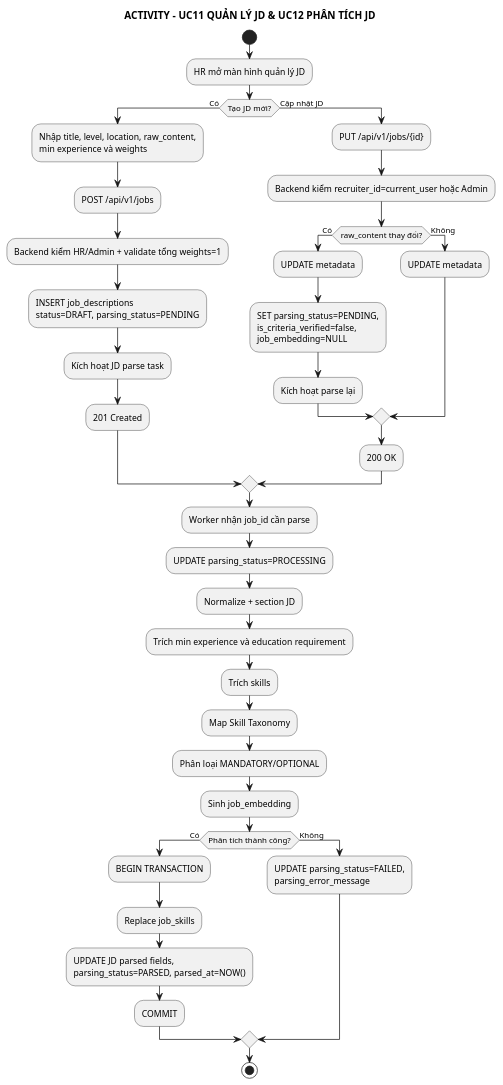
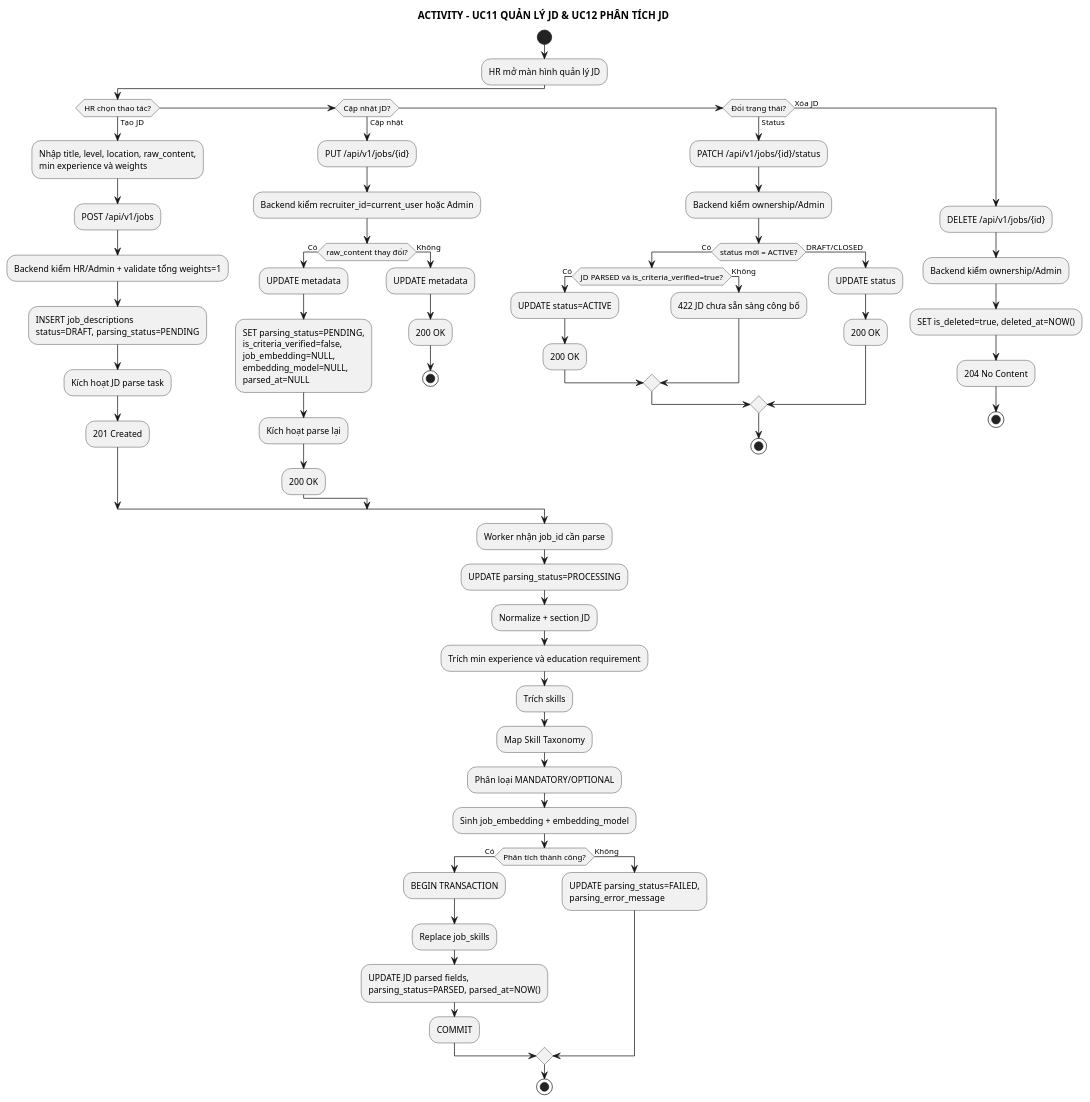
The diagram in docs/03_activity/act_uc11_12_manage_parse_jd.puml (anh632k-ui/WebCVUngVienTuyenDung), drawn with PlantUML before and after one commit.

Commit message:
docs(pttk): complete JD CRUD and conditional parsing flow

```diff
--- a/docs/03_activity/act_uc11_12_manage_parse_jd.puml
+++ b/docs/03_activity/act_uc11_12_manage_parse_jd.puml
@@ -1,52 +1,81 @@
 @startuml
 skinparam monochrome true
 skinparam shadowing false
 
 title ACTIVITY - UC11 QUẢN LÝ JD & UC12 PHÂN TÍCH JD
 
 start
 :HR mở màn hình quản lý JD;
-if (Tạo JD mới?) then (Có)
+
+if (HR chọn thao tác?) then (Tạo JD)
   :Nhập title, level, location, raw_content,
   min experience và weights;
   :POST /api/v1/jobs;
   :Backend kiểm HR/Admin + validate tổng weights=1;
   :INSERT job_descriptions
   status=DRAFT, parsing_status=PENDING;
   :Kích hoạt JD parse task;
   :201 Created;
-else (Cập nhật JD)
+
+else if (Cập nhật JD?) then (Cập nhật)
   :PUT /api/v1/jobs/{id};
   :Backend kiểm recruiter_id=current_user hoặc Admin;
   if (raw_content thay đổi?) then (Có)
     :UPDATE metadata;
     :SET parsing_status=PENDING,
     is_criteria_verified=false,
-    job_embedding=NULL;
+    job_embedding=NULL,
+    embedding_model=NULL,
+    parsed_at=NULL;
     :Kích hoạt parse lại;
+    :200 OK;
   else (Không)
     :UPDATE metadata;
+    :200 OK;
+    stop
   endif
-  :200 OK;
+
+else if (Đổi trạng thái?) then (Status)
+  :PATCH /api/v1/jobs/{id}/status;
+  :Backend kiểm ownership/Admin;
+  if (status mới = ACTIVE?) then (Có)
+    if (JD PARSED và is_criteria_verified=true?) then (Có)
+      :UPDATE status=ACTIVE;
+      :200 OK;
+    else (Không)
+      :422 JD chưa sẵn sàng công bố;
+    endif
+  else (DRAFT/CLOSED)
+    :UPDATE status;
+    :200 OK;
+  endif
+  stop
+
+else (Xóa JD)
+  :DELETE /api/v1/jobs/{id};
+  :Backend kiểm ownership/Admin;
+  :SET is_deleted=true, deleted_at=NOW();
+  :204 No Content;
+  stop
 endif
 
 :Worker nhận job_id cần parse;
 :UPDATE parsing_status=PROCESSING;
 :Normalize + section JD;
 :Trích min experience và education requirement;
 :Trích skills;
 :Map Skill Taxonomy;
 :Phân loại MANDATORY/OPTIONAL;
-:Sinh job_embedding;
+:Sinh job_embedding + embedding_model;
 if (Phân tích thành công?) then (Có)
   :BEGIN TRANSACTION;
   :Replace job_skills;
   :UPDATE JD parsed fields,
   parsing_status=PARSED, parsed_at=NOW();
   :COMMIT;
 else (Không)
   :UPDATE parsing_status=FAILED,
   parsing_error_message;
 endif
 stop
 @enduml
```
